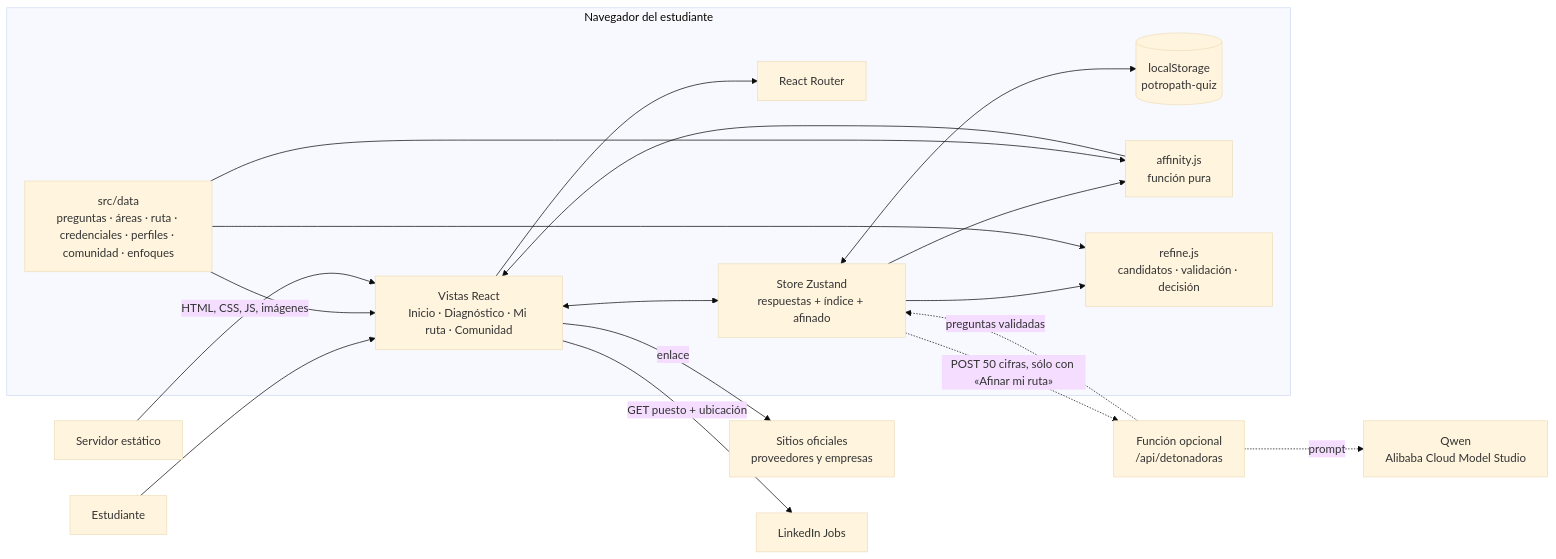
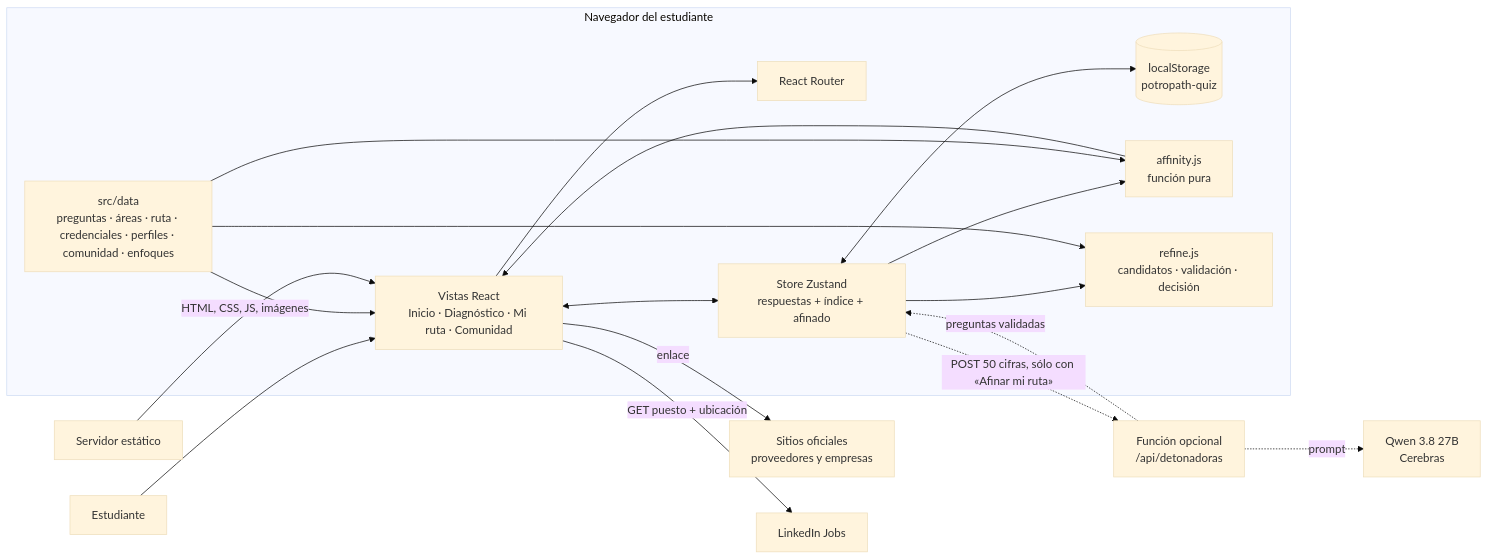
The first of 4 diagrams in docs/ARQUITECTURA.md (RogelioZu/PotroHub), drawn with Mermaid (base theme) before and after one commit. The commit also changed other lines of this file and 11 other files, not shown here.

Commit message:
feat: las detonadoras corren en Cerebras con Qwen 3.8 27B

````diff
--- a/docs/ARQUITECTURA.md
+++ b/docs/ARQUITECTURA.md
@@ -19,28 +19,28 @@
 ```mermaid
 flowchart LR
   subgraph Navegador del estudiante
     UI[Vistas React<br/>Inicio · Diagnóstico · Mi ruta · Comunidad]
     R[React Router]
     S[Store Zustand<br/>respuestas + índice + afinado]
     L[(localStorage<br/>potropath-quiz)]
     F[affinity.js<br/>función pura]
     RF[refine.js<br/>candidatos · validación · decisión]
     D[src/data<br/>preguntas · áreas · ruta · credenciales · perfiles · comunidad · enfoques]
   end
   E[Estudiante] --> UI
   UI --> R
   UI <--> S
   S <--> L
   D --> UI
   S --> F
   D --> F
   F --> UI
   UI -- enlace --> X[Sitios oficiales<br/>proveedores y empresas]
   UI -- GET puesto + ubicación --> LI[LinkedIn Jobs]
   H[Servidor estático] -- HTML, CSS, JS, imágenes --> UI
   S -. "POST 50 cifras, sólo con «Afinar mi ruta»" .-> API[Función opcional<br/>/api/detonadoras]
-  API -. prompt .-> QW[Qwen<br/>Alibaba Cloud Model Studio]
+  API -. prompt .-> QW[Qwen 3.8 27B<br/>Cerebras]
   API -. preguntas validadas .-> S
   S --> RF
   D --> RF
 ```
````
